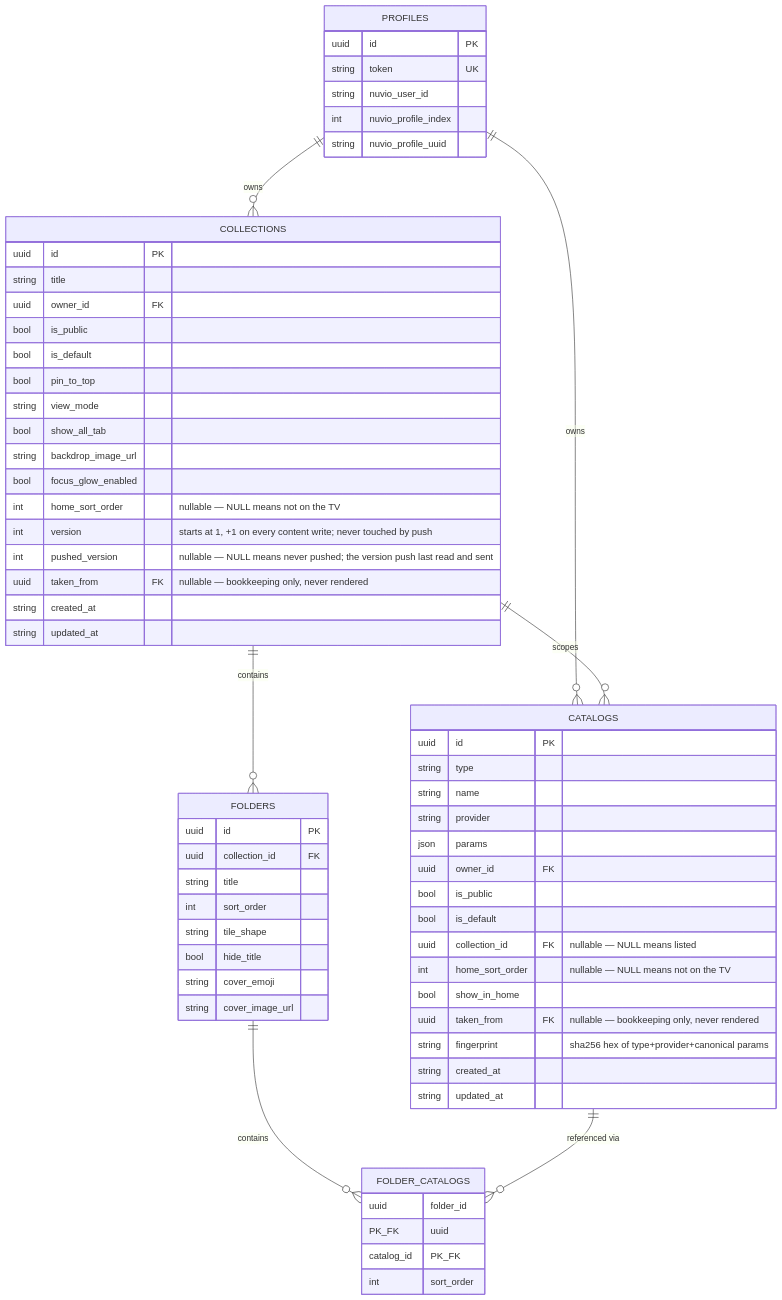
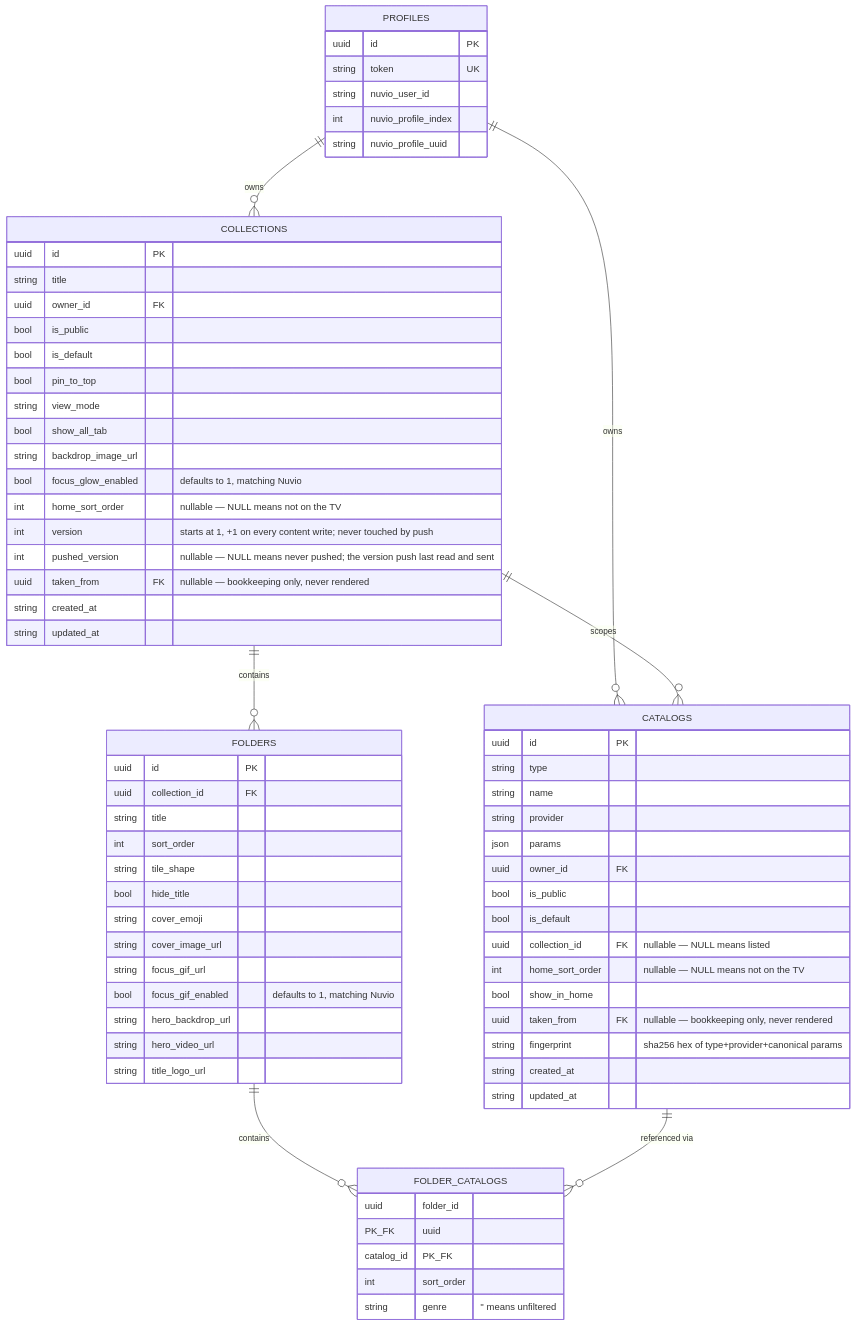
Before and after one commit to hiidz/uno: the diagram in docs/data-model.md, drawn with Mermaid. The commit also changed other lines of this file and 76 other files, not shown here.

````diff
--- a/docs/data-model.md
+++ b/docs/data-model.md
@@ -11,67 +11,73 @@
 ```mermaid
 erDiagram
   PROFILES ||--o{ CATALOGS : owns
   PROFILES ||--o{ COLLECTIONS : owns
   COLLECTIONS ||--o{ FOLDERS : contains
   COLLECTIONS ||--o{ CATALOGS : scopes
   FOLDERS ||--o{ FOLDER_CATALOGS : contains
   CATALOGS ||--o{ FOLDER_CATALOGS : "referenced via"
 
   PROFILES {
     uuid id PK
     string token UK
     string nuvio_user_id
     int nuvio_profile_index
     string nuvio_profile_uuid
   }
   CATALOGS {
     uuid id PK
     string type
     string name
     string provider
     json params
     uuid owner_id FK
     bool is_public
     bool is_default
     uuid collection_id FK "nullable — NULL means listed"
     int home_sort_order "nullable — NULL means not on the TV"
     bool show_in_home
     uuid taken_from FK "nullable — bookkeeping only, never rendered"
     string fingerprint "sha256 hex of type+provider+canonical params"
     string created_at
     string updated_at
   }
   COLLECTIONS {
     uuid id PK
     string title
     uuid owner_id FK
     bool is_public
     bool is_default
     bool pin_to_top
     string view_mode
     bool show_all_tab
     string backdrop_image_url
-    bool focus_glow_enabled
+    bool focus_glow_enabled "defaults to 1, matching Nuvio"
     int home_sort_order "nullable — NULL means not on the TV"
     int version "starts at 1, +1 on every content write; never touched by push"
     int pushed_version "nullable — NULL means never pushed; the version push last read and sent"
     uuid taken_from FK "nullable — bookkeeping only, never rendered"
     string created_at
     string updated_at
   }
   FOLDERS {
     uuid id PK
     uuid collection_id FK
     string title
     int sort_order
     string tile_shape
     bool hide_title
     string cover_emoji
     string cover_image_url
+    string focus_gif_url
+    bool focus_gif_enabled "defaults to 1, matching Nuvio"
+    string hero_backdrop_url
+    string hero_video_url
+    string title_logo_url
   }
   FOLDER_CATALOGS {
     uuid folder_id PK_FK
     uuid catalog_id PK_FK
     int sort_order
+    string genre "'' means unfiltered"
   }
 ```
````
